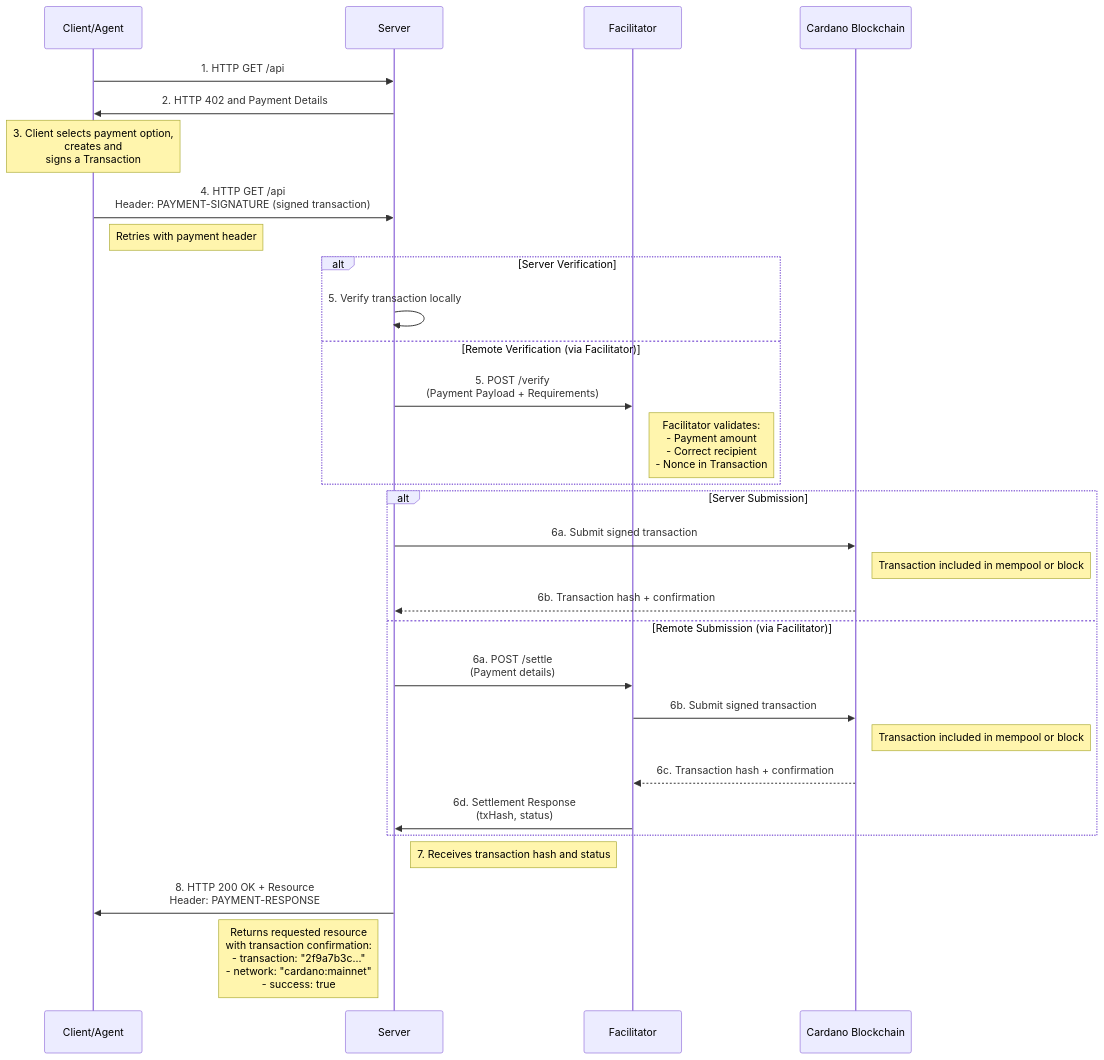
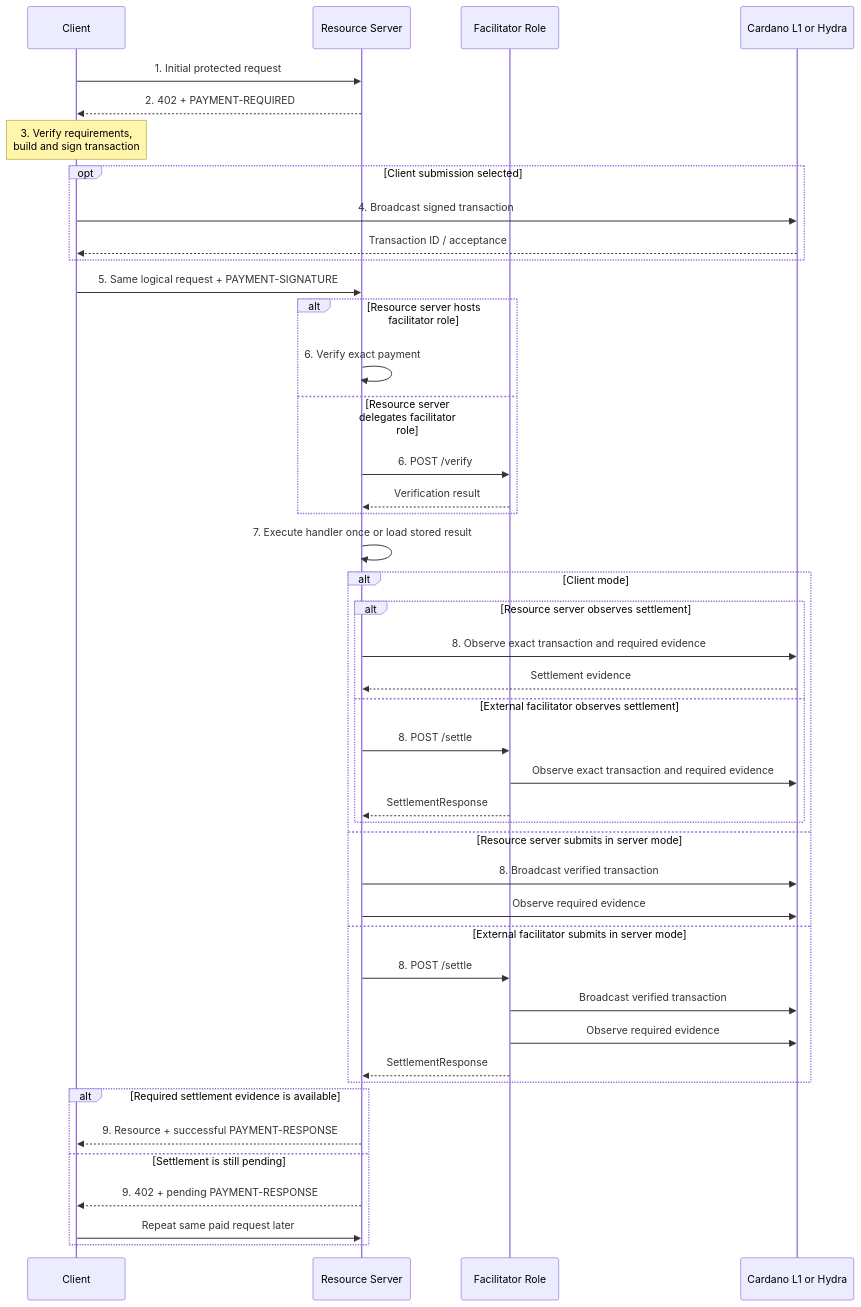
The first of 5 diagrams in specs/schemes/exact/scheme_exact_cardano.md (cardano-foundation/x402), drawn with Mermaid before and after one commit. The commit also changed other lines of this file, not shown here.

First line of the commit message:
docs(cardano): define Masumi V2 x402 flow

````diff
--- a/specs/schemes/exact/scheme_exact_cardano.md
+++ b/specs/schemes/exact/scheme_exact_cardano.md
@@ -31,47 +37,53 @@
 ```mermaid
 sequenceDiagram
-    participant Client as Client/Agent
-    participant Server as Server
-    participant Facilitator as Facilitator
-    participant Cardano as Cardano Blockchain
+    participant Client
+    participant Server as Resource Server
+    participant Settlement as Facilitator Role
+    participant Ledger as Cardano L1 or Hydra
 
-    %% Initial Request
-    Client->>Server: 1. HTTP GET /api
+    Client->>Server: 1. Initial protected request
+    Server-->>Client: 2. 402 + PAYMENT-REQUIRED
+    Note over Client: 3. Verify requirements,<br/>build and sign transaction
 
-    %% Payment Required Response
-    Server->>Client: 2. HTTP 402 and Payment Details
-
-    %% Client Prepares Payment
-    Note over Client: 3. Client selects payment option,<br/>creates and <br/> signs a Transaction
-
-    %% Request with Payment
-    Client->>Server: 4. HTTP GET /api<br/>Header: PAYMENT-SIGNATURE (signed transaction)
-    Note right of Client: Retries with payment header
-
-    %% Server Verification
-    alt Server Verification
-        Server->>Server: 5. Verify transaction locally
-    else Remote Verification (via Facilitator)
-        Server->>Facilitator: 5. POST /verify<br/>(Payment Payload + Requirements)
-        Note right of Facilitator: Facilitator validates:<br/>- Payment amount<br/>- Correct recipient<br/>- Nonce in Transaction
+    opt Client submission selected
+        Client->>Ledger: 4. Broadcast signed transaction
+        Ledger-->>Client: Transaction ID / acceptance
     end
 
-    %% Server Verification
-    alt Server Submission
-        Server->>Cardano: 6a. Submit signed transaction
-        Note right of Cardano: Transaction included in mempool or block
-        Cardano-->>Server: 6b. Transaction hash + confirmation
-    else Remote Submission (via Facilitator)
-      Server->>Facilitator: 6a. POST /settle<br/>(Payment details)
-      Facilitator->>Cardano: 6b. Submit signed transaction
-      Note right of Cardano: Transaction included in mempool or block
-      Cardano-->>Facilitator: 6c. Transaction hash + confirmation
-      Facilitator->>Server: 6d. Settlement Response<br/>(txHash, status)
+    Client->>Server: 5. Same logical request + PAYMENT-SIGNATURE
+
+    alt Resource server hosts facilitator role
+        Server->>Server: 6. Verify exact payment
+    else Resource server delegates facilitator role
+        Server->>Settlement: 6. POST /verify
+        Settlement-->>Server: Verification result
     end
 
-    Note right of Server: 7. Receives transaction hash and status
+    Server->>Server: 7. Execute handler once or load stored result
 
-    %% Final Response
-    Server->>Client: 8. HTTP 200 OK + Resource<br/>Header: PAYMENT-RESPONSE
-    Note left of Server: Returns requested resource<br/>with transaction confirmation:<br/>- transaction: "2f9a7b3c..."<br/>- network: "cardano:mainnet"<br/>- success: true
+    alt Client mode
+        alt Resource server observes settlement
+            Server->>Ledger: 8. Observe exact transaction and required evidence
+            Ledger-->>Server: Settlement evidence
+        else External facilitator observes settlement
+            Server->>Settlement: 8. POST /settle
+            Settlement->>Ledger: Observe exact transaction and required evidence
+            Settlement-->>Server: SettlementResponse
+        end
+    else Resource server submits in server mode
+        Server->>Ledger: 8. Broadcast verified transaction
+        Server->>Ledger: Observe required evidence
+    else External facilitator submits in server mode
+        Server->>Settlement: 8. POST /settle
+        Settlement->>Ledger: Broadcast verified transaction
+        Settlement->>Ledger: Observe required evidence
+        Settlement-->>Server: SettlementResponse
+    end
+
+    alt Required settlement evidence is available
+        Server-->>Client: 9. Resource + successful PAYMENT-RESPONSE
+    else Settlement is still pending
+        Server-->>Client: 9. 402 + pending PAYMENT-RESPONSE
+        Client->>Server: Repeat same paid request later
+    end
 ```
````
